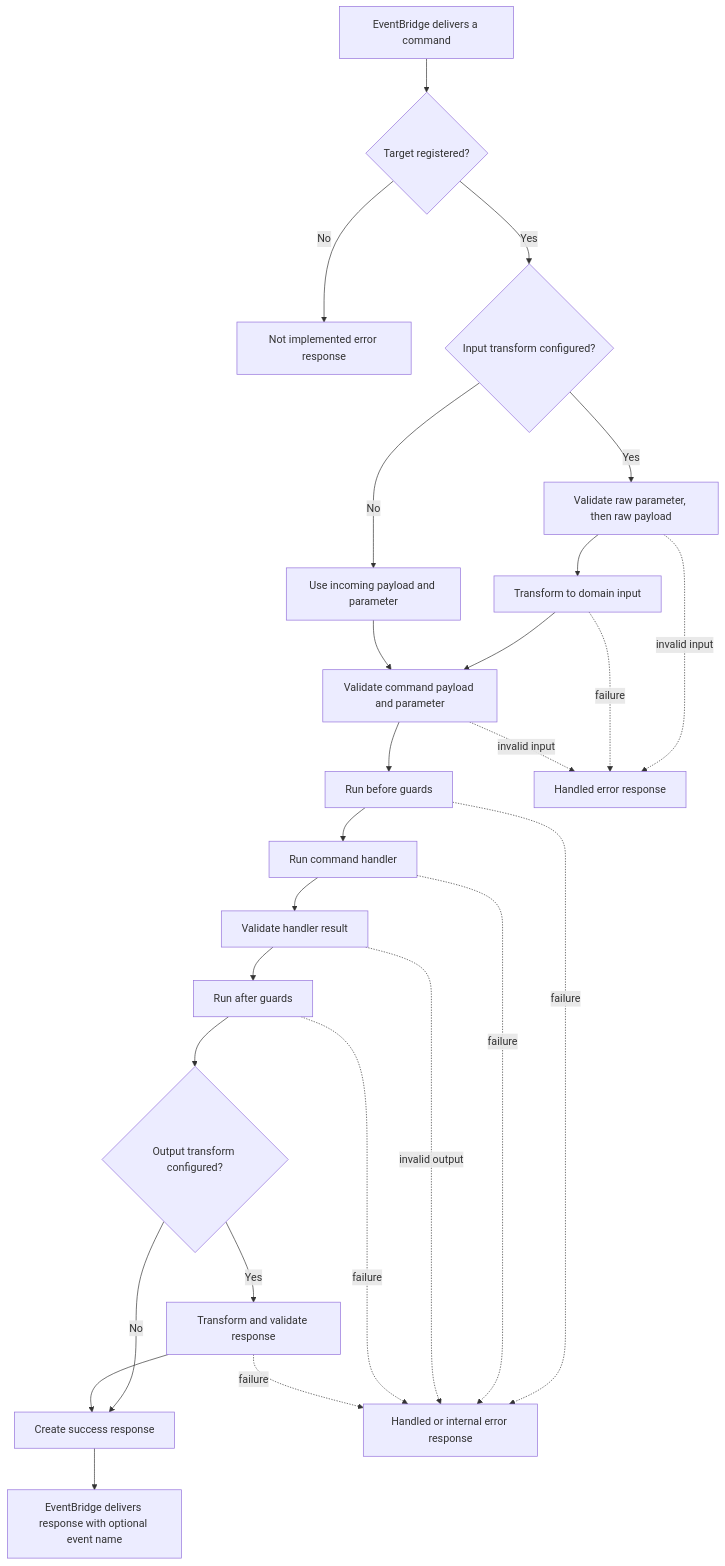
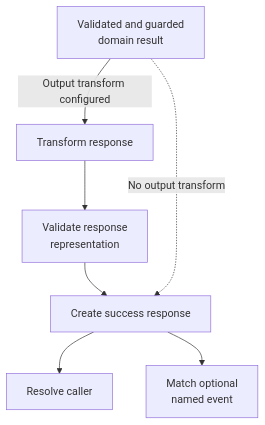
Before and after one commit to puristajs/purista: the fourth of 4 diagrams in web/src/content/handbook/framework/build-services/commands/index.md, drawn with Mermaid. The commit also changed other lines of this file and 296 other files, not shown here.

````diff
--- a/web/src/content/handbook/framework/build-services/commands/index.md
+++ b/web/src/content/handbook/framework/build-services/commands/index.md
@@ -15,28 +82,9 @@
-```mermaid title="Command execution lifecycle"
-flowchart TD
-  A[EventBridge delivers a command] --> B{Target registered?}
-  B -->|No| X[Not implemented error response]
-  B -->|Yes| C{Input transform configured?}
-  C -->|Yes| D[Validate raw parameter, then raw payload]
-  D --> E[Transform to domain input]
-  C -->|No| F[Use incoming payload and parameter]
-  E --> G[Validate command payload and parameter]
+```mermaid title="Command output lifecycle"
+flowchart TB
+  A[Validated and guarded<br/>domain result] -->|Output transform configured| E[Transform response]
+  E --> F[Validate response<br/>representation]
   F --> G
-  G --> H[Run before guards]
-  H --> I[Run command handler]
-  I --> J[Validate handler result]
-  J --> K[Run after guards]
-  K --> L{Output transform configured?}
-  L -->|Yes| M[Transform and validate response]
-  L -->|No| N[Create success response]
-  M --> N
-  N --> O[EventBridge delivers response with optional event name]
-  D -. invalid input .-> Y[Handled error response]
-  E -. failure .-> Y
-  G -. invalid input .-> Y
-  H -. failure .-> Z[Handled or internal error response]
-  I -. failure .-> Z
-  J -. invalid output .-> Z
-  K -. failure .-> Z
-  M -. failure .-> Z
+  A -. No output transform .-> G[Create success response]
+  G --> H[Resolve caller]
+  G --> I[Match optional<br/>named event]
 ```
````
